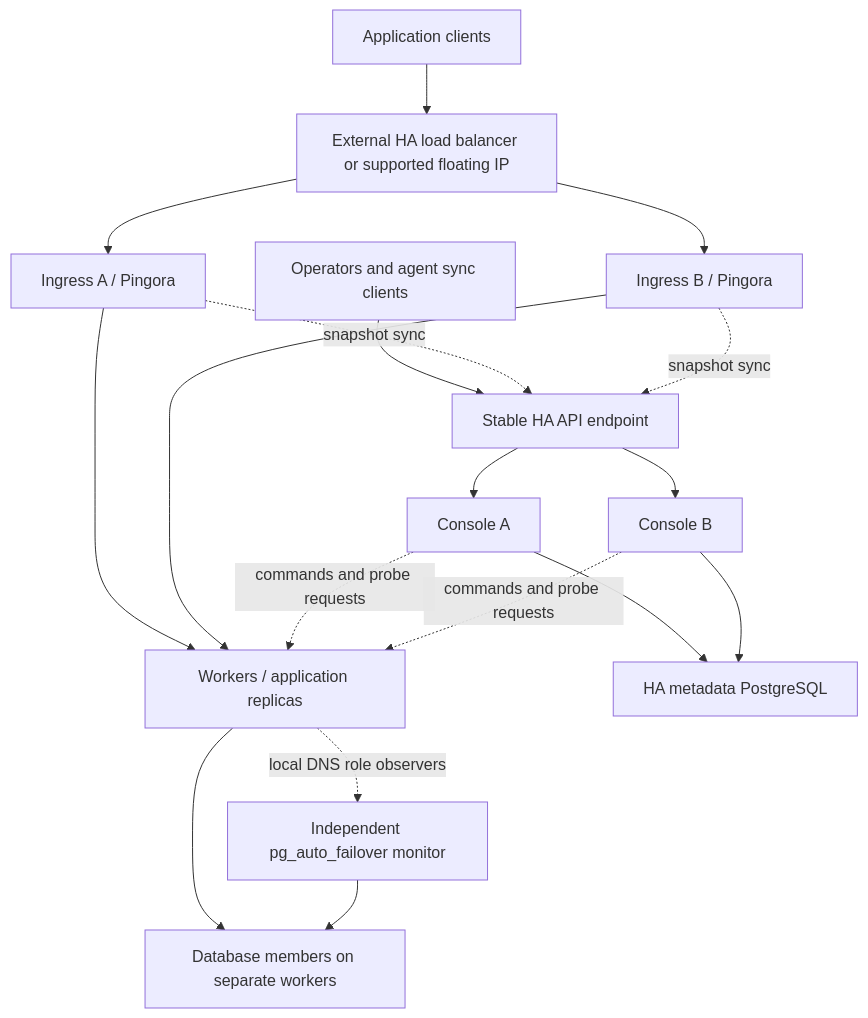
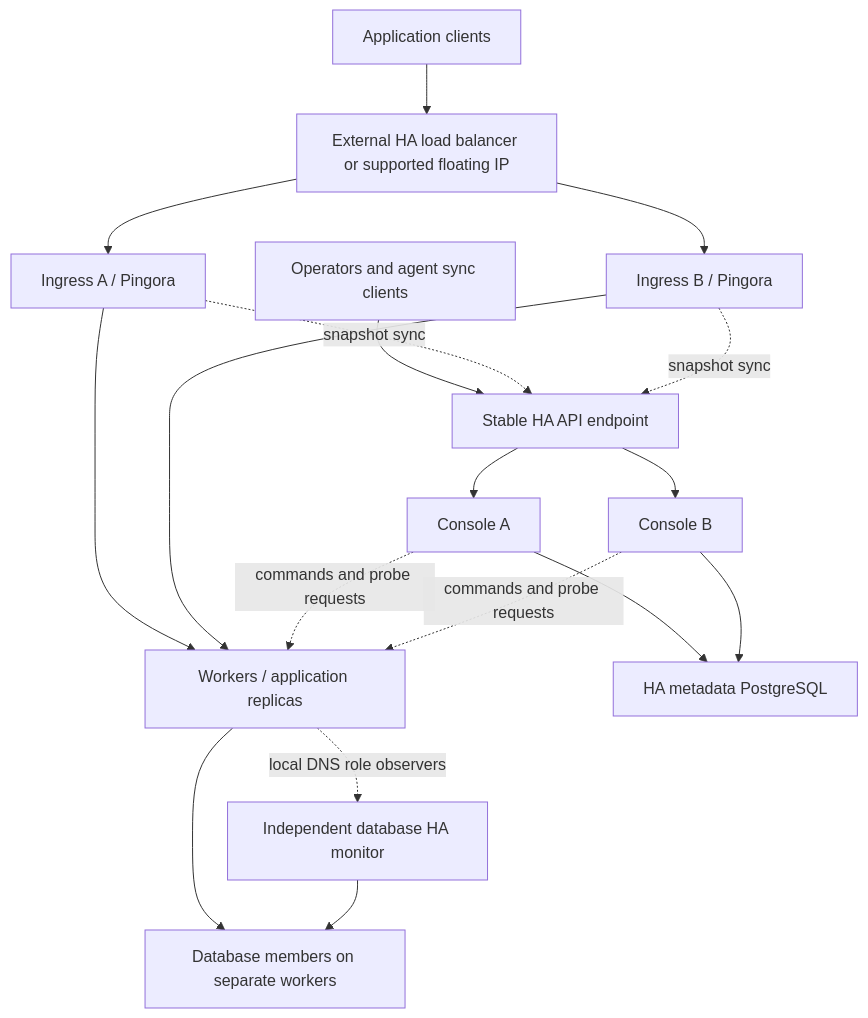
One commit to gotempsh/temps changed the diagram in docs/adr/045-multi-node-control-plane-and-ingress-ha.md. Above: the diagram before and after it, drawn with Mermaid. The commit also changed other lines of this file, not shown here.

Commit message:
docs(architecture): address HA review findings

````diff
--- a/docs/adr/045-multi-node-control-plane-and-ingress-ha.md
+++ b/docs/adr/045-multi-node-control-plane-and-ingress-ha.md
@@ -48,20 +48,20 @@
 ```mermaid
 flowchart TB
     Users[Application clients] --> Public[External HA load balancer or supported floating IP]
     Public --> EdgeA[Ingress A / Pingora]
     Public --> EdgeB[Ingress B / Pingora]
     EdgeA --> Workers[Workers / application replicas]
     EdgeB --> Workers
     Operators[Operators and agent sync clients] --> API[Stable HA API endpoint]
     API --> CPA[Console A]
     API --> CPB[Console B]
     CPA --> Meta[HA metadata PostgreSQL]
     CPB --> Meta
     CPA -. commands and probe requests .-> Workers
     CPB -. commands and probe requests .-> Workers
     EdgeA -. snapshot sync .-> API
     EdgeB -. snapshot sync .-> API
     Workers --> Databases[Database members on separate workers]
-    Workers -. local DNS role observers .-> Monitor[Independent pg_auto_failover monitor]
+    Workers -. local DNS role observers .-> Monitor[Independent database HA monitor]
     Monitor --> Databases
 ```
````
